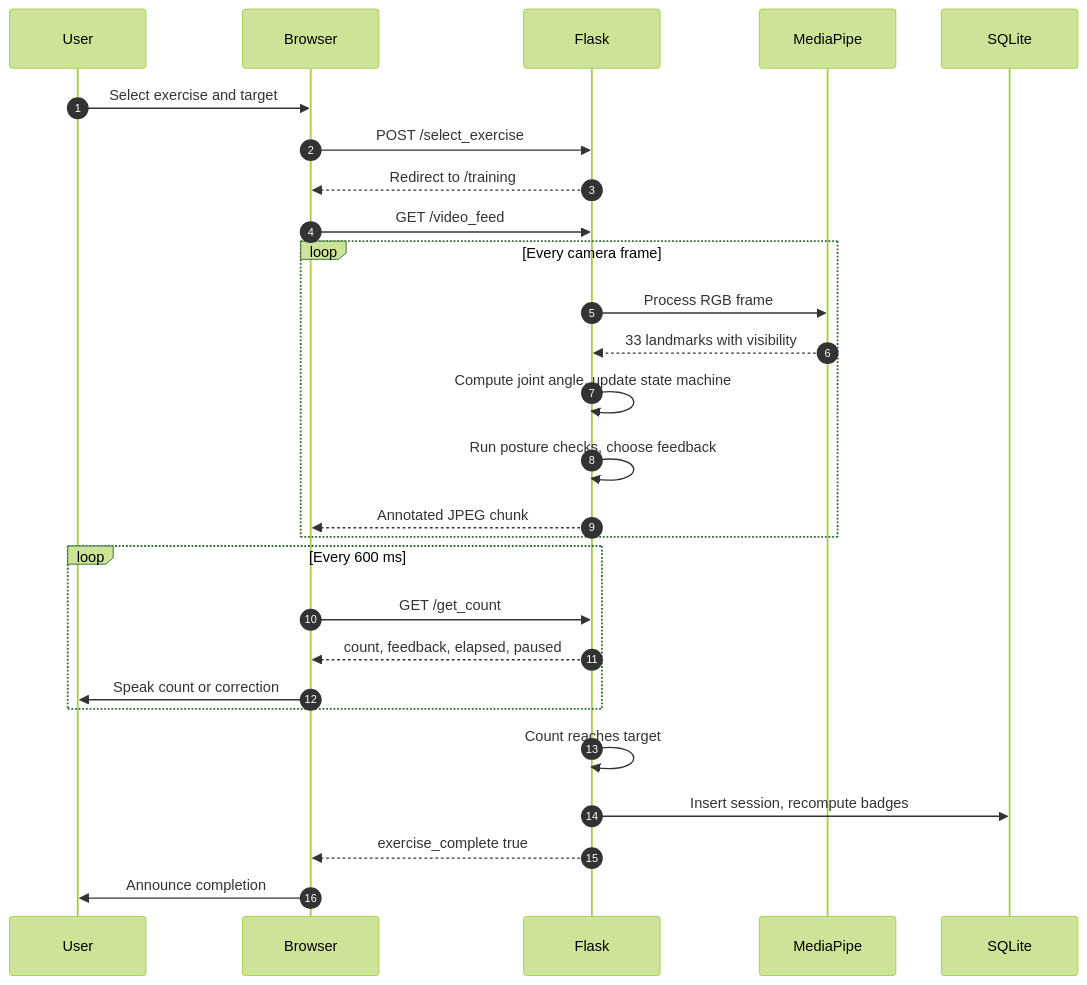
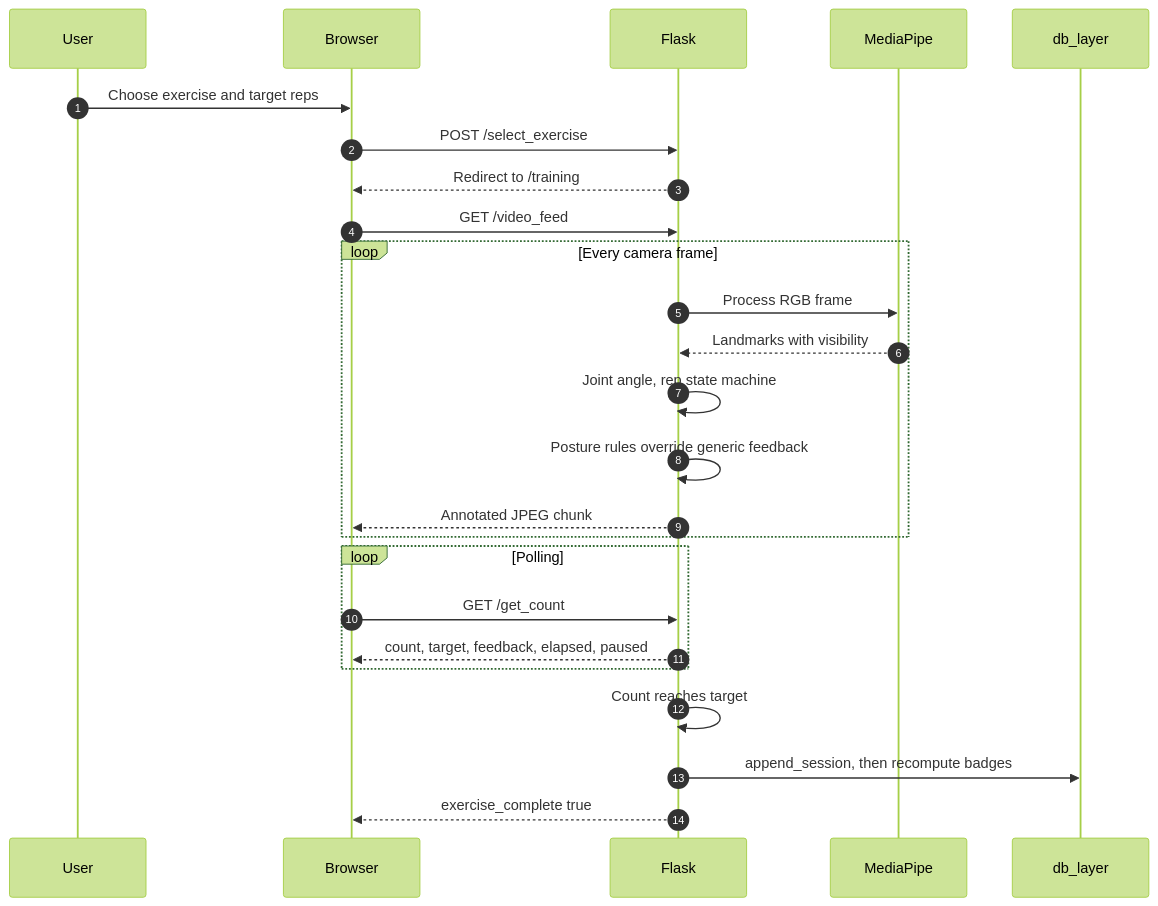
One commit to Alexjmathew/AIBOOMI changed the third of 7 diagrams in README.md. Above: the diagram before and after it, drawn with Mermaid (forest theme). The commit also changed other lines of this file, not shown here.

````diff
--- a/README.md
+++ b/README.md
@@ -129,30 +175,28 @@
 ```mermaid
 sequenceDiagram
     autonumber
     participant U as User
     participant B as Browser
     participant F as Flask
     participant M as MediaPipe
-    participant D as SQLite
+    participant D as db_layer
 
-    U->>B: Select exercise and target
+    U->>B: Choose exercise and target reps
     B->>F: POST /select_exercise
     F-->>B: Redirect to /training
     B->>F: GET /video_feed
     loop Every camera frame
         F->>M: Process RGB frame
-        M-->>F: 33 landmarks with visibility
-        F->>F: Compute joint angle, update state machine
-        F->>F: Run posture checks, choose feedback
+        M-->>F: Landmarks with visibility
+        F->>F: Joint angle, rep state machine
+        F->>F: Posture rules override generic feedback
         F-->>B: Annotated JPEG chunk
     end
-    loop Every 600 ms
+    loop Polling
         B->>F: GET /get_count
-        F-->>B: count, feedback, elapsed, paused
-        B->>U: Speak count or correction
+        F-->>B: count, target, feedback, elapsed, paused
     end
     F->>F: Count reaches target
-    F->>D: Insert session, recompute badges
+    F->>D: append_session, then recompute badges
     F-->>B: exercise_complete true
-    B->>U: Announce completion
 ```
````
